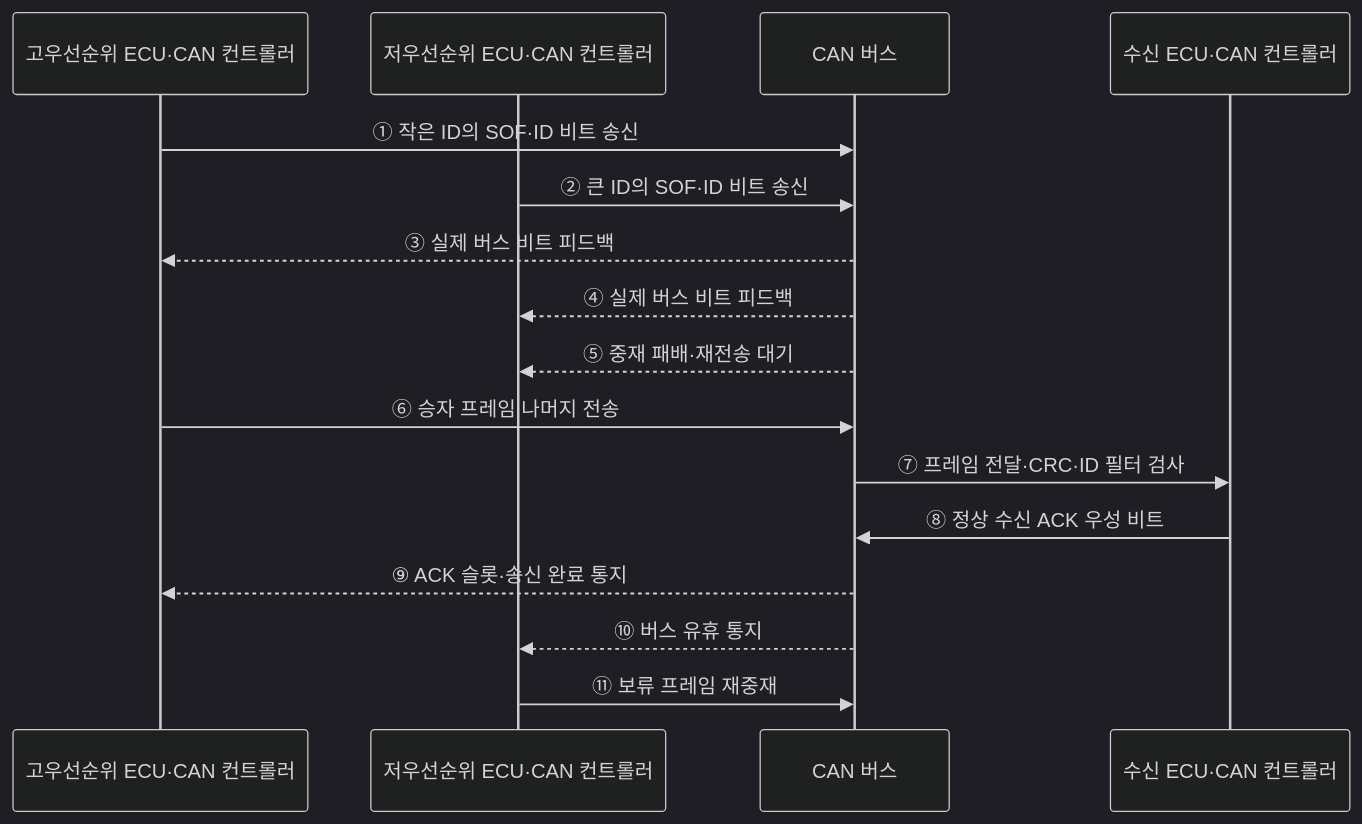
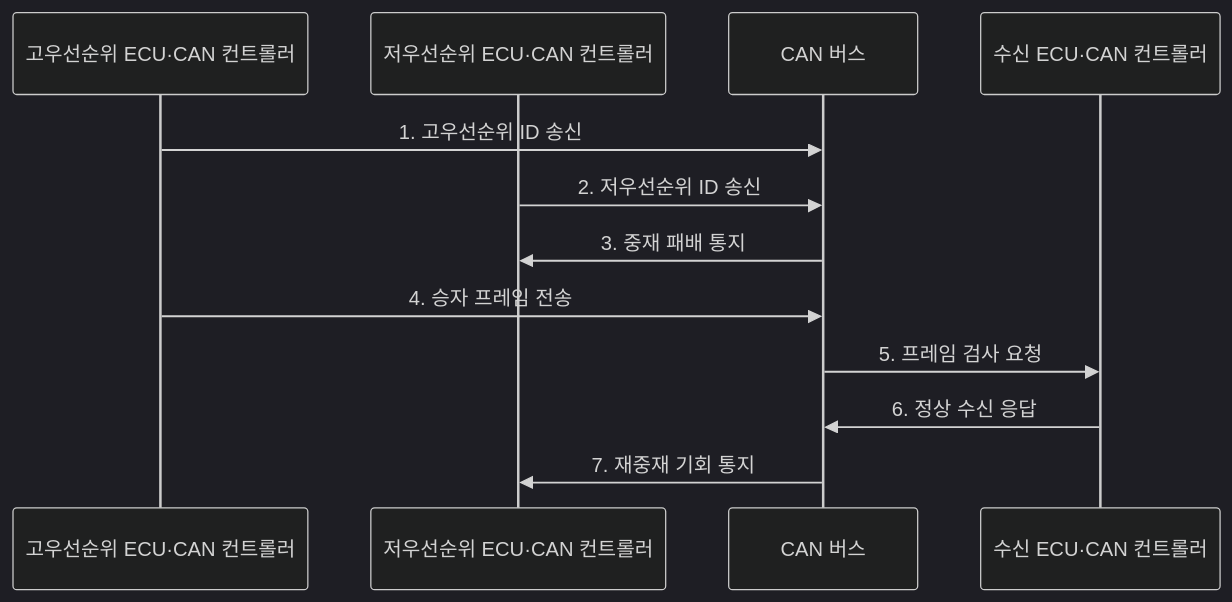
The second of 2 diagrams in src/content/docs/notes/02-hardware/066_can_bus.md (agnusdei1207/knowledge-base), drawn with Mermaid (dark theme) before and after one commit. The commit also changed other lines of this file and 20 other files, not shown here.

````diff
--- a/src/content/docs/notes/02-hardware/066_can_bus.md
+++ b/src/content/docs/notes/02-hardware/066_can_bus.md
@@ -82,19 +85,15 @@
 ```mermaid
 sequenceDiagram
     participant A as 고우선순위 ECU·CAN 컨트롤러
     participant B as 저우선순위 ECU·CAN 컨트롤러
     participant W as CAN 버스
     participant R as 수신 ECU·CAN 컨트롤러
 
-    A->>W: ① 작은 ID의 SOF·ID 비트 송신
-    B->>W: ② 큰 ID의 SOF·ID 비트 송신
-    W-->>A: ③ 실제 버스 비트 피드백
-    W-->>B: ④ 실제 버스 비트 피드백
-    W-->>B: ⑤ 중재 패배·재전송 대기
-    A->>W: ⑥ 승자 프레임 나머지 전송
-    W->>R: ⑦ 프레임 전달·CRC·ID 필터 검사
-    R->>W: ⑧ 정상 수신 ACK 우성 비트
-    W-->>A: ⑨ ACK 슬롯·송신 완료 통지
-    W-->>B: ⑩ 버스 유휴 통지
-    B->>W: ⑪ 보류 프레임 재중재
+    A->>W: 1. 고우선순위 ID 송신
+    B->>W: 2. 저우선순위 ID 송신
+    W->>B: 3. 중재 패배 통지
+    A->>W: 4. 승자 프레임 전송
+    W->>R: 5. 프레임 검사 요청
+    R->>W: 6. 정상 수신 응답
+    W->>B: 7. 재중재 기회 통지
 ```
````
